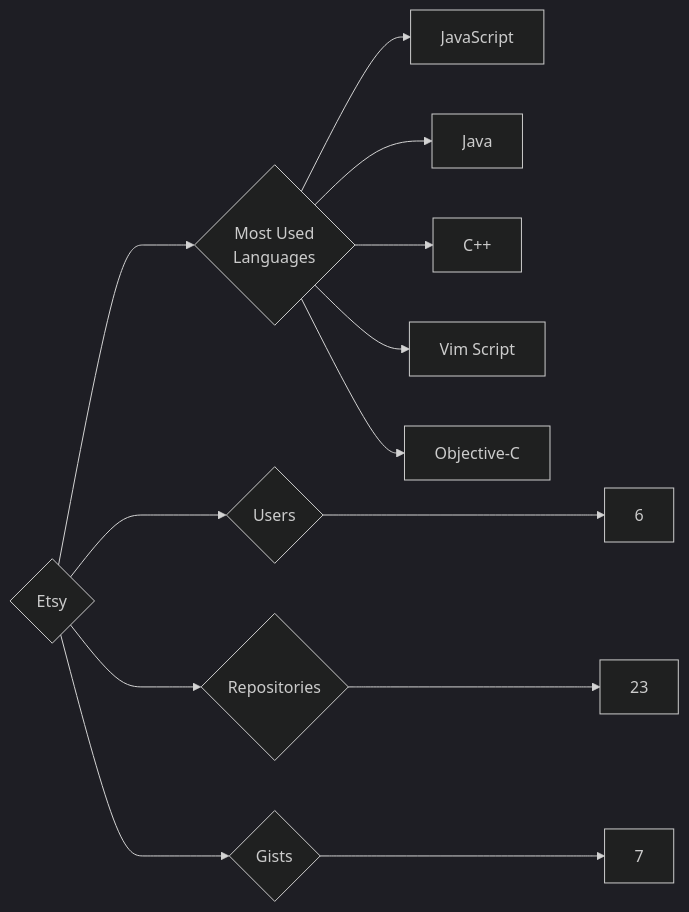
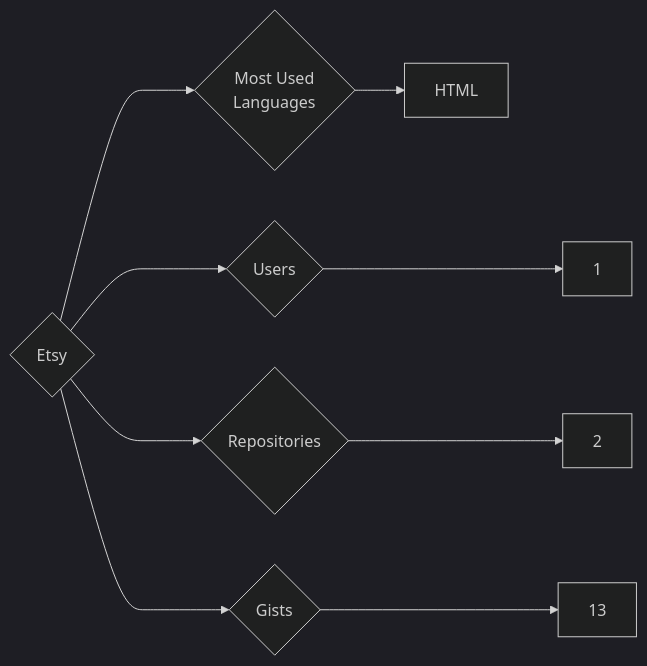
Before and after one commit to trickest/insiders: the diagram in targets/Etsy/README.md, drawn with Mermaid (dark theme). The commit also changed 840 other files, not shown here.

````diff
--- a/targets/Etsy/README.md
+++ b/targets/Etsy/README.md
@@ -3,13 +3,9 @@
 ```mermaid
 graph LR
 COMPANY_NAME{Etsy}
-COMPANY_NAME ---> U{Users} ---> UN[6]
-COMPANY_NAME ---> R{Repositories} ---> RN[23]
-COMPANY_NAME ---> G{Gists} ---> GN[7]
+COMPANY_NAME ---> U{Users} ---> UN[1]
+COMPANY_NAME ---> R{Repositories} ---> RN[2]
+COMPANY_NAME ---> G{Gists} ---> GN[13]
 COMPANY_NAME ---> ML{Most Used<br>Languages}
-ML --> JavaScript[JavaScript]
-ML --> Java[Java]
-ML --> C++[C++]
-ML --> Vim_Script[Vim Script]
-ML --> Objective-C[Objective-C]
+ML --> HTML[HTML]
 ```
````
